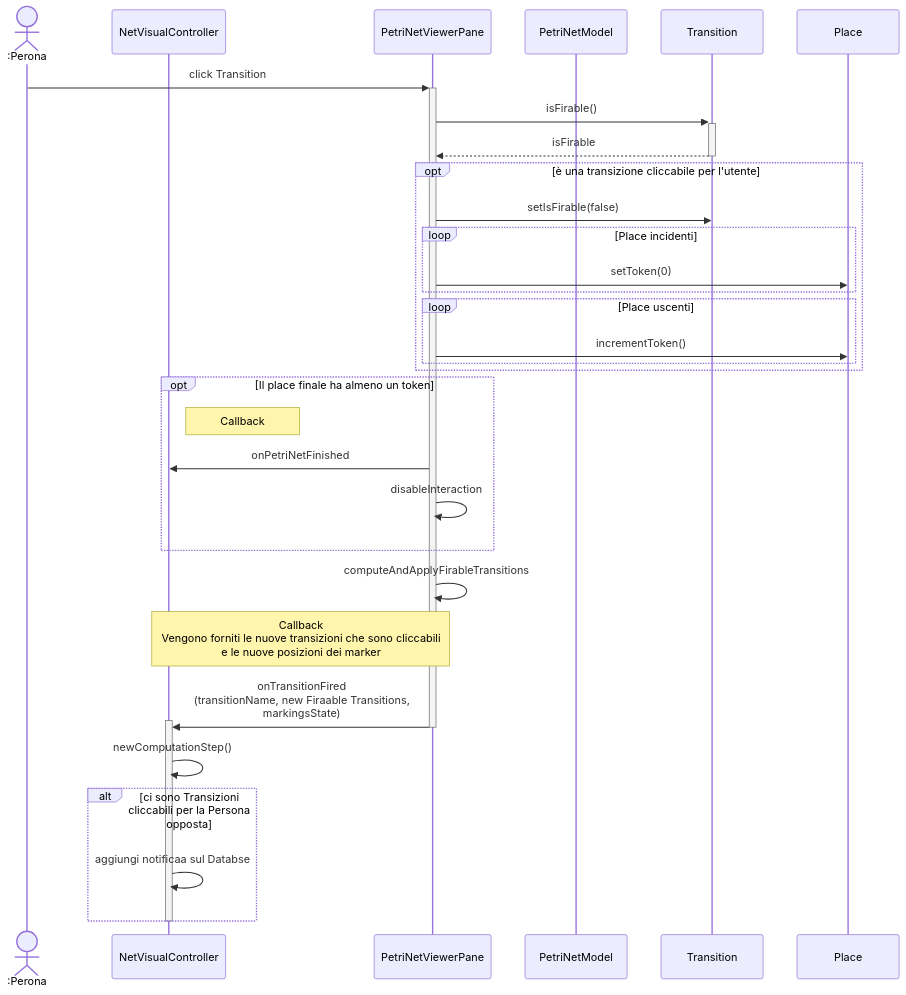
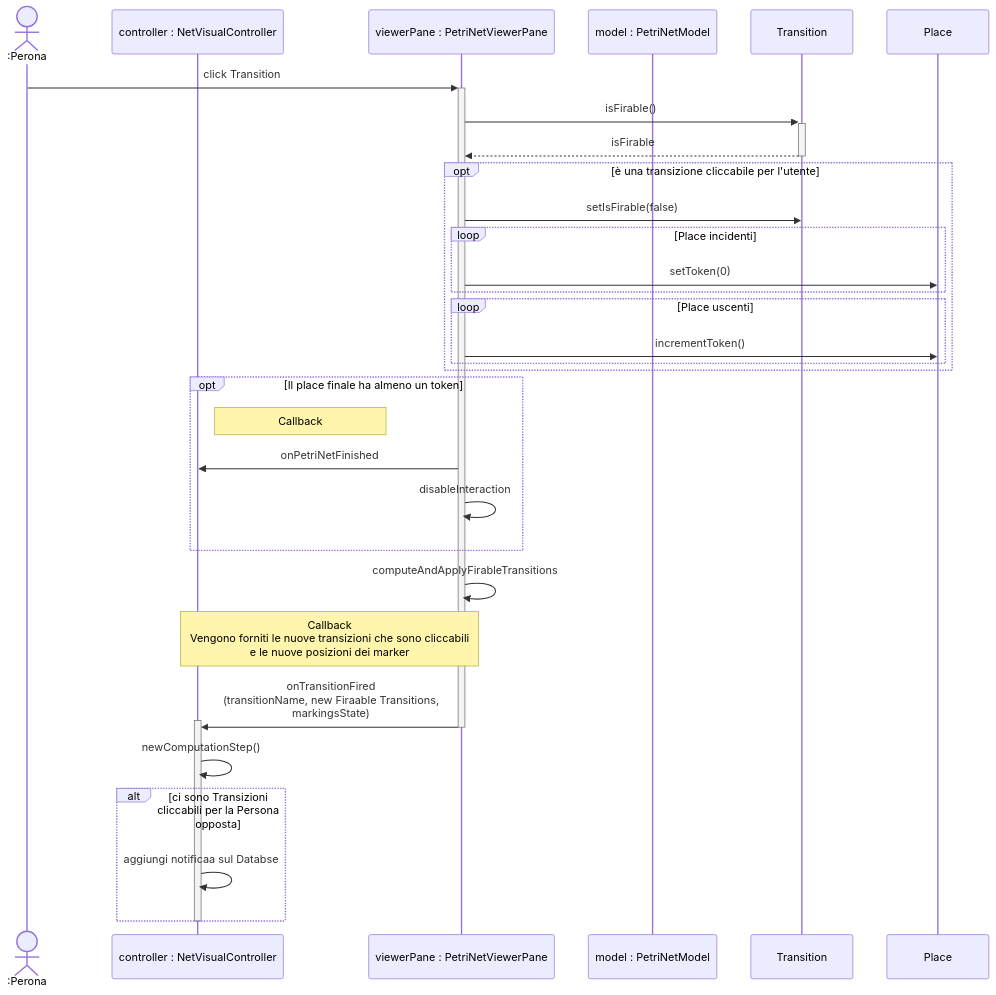
Before and after one commit to alessio-vivaldelli/PetriHub: the diagram in docs/petri-net/sequence diagram/sequence_click_transition.mmd, drawn with Mermaid. The commit also changed 7 other files, not shown here.

Commit message:
refactor sequence diagrams to improve participant naming for clarity and consistency

```diff
--- a/docs/petri-net/sequence diagram/sequence_click_transition.mmd
+++ b/docs/petri-net/sequence diagram/sequence_click_transition.mmd
@@ -1,37 +1,37 @@
 sequenceDiagram
     actor Persona as :Perona
-    participant Controller as NetVisualController
+    participant Controller as controller : NetVisualController
 
-     participant Pane as PetriNetViewerPane
-     participant Model as PetriNetModel
+     participant Pane as viewerPane : PetriNetViewerPane
+     participant Model as model : PetriNetModel
 
 
     Persona ->>+ Pane: click Transition
     Pane ->>+ Transition: isFirable()
     Transition -->>- Pane: isFirable
     opt è una transizione cliccabile per l'utente
         Pane ->> Transition: setIsFirable(false)
         loop Place incidenti
             Pane ->> Place: setToken(0)
         end
         loop Place uscenti
             Pane ->> Place: incrementToken()
 
         end
     end
     opt Il place finale ha almeno un token
         Note right of Controller: Callback
         Pane ->> Controller: onPetriNetFinished
         Pane ->> Pane: disableInteraction
     end
     Pane ->> Pane: computeAndApplyFirableTransitions
     Note over Controller,Pane: Callback<br>Vengono forniti le nuove transizioni che sono cliccabili<br> e le nuove posizioni dei marker
     Pane ->>+ Controller: onTransitionFired<br>(transitionName, new Firaable Transitions,<br> markingsState)
     deactivate Pane
     Controller ->> Controller: newComputationStep()
     alt ci sono Transizioni cliccabili per la Persona opposta
         Controller ->> Controller: aggiungi notificaa sul Databse
     end
 
     deactivate Controller
     participant Transition as Transition
```
